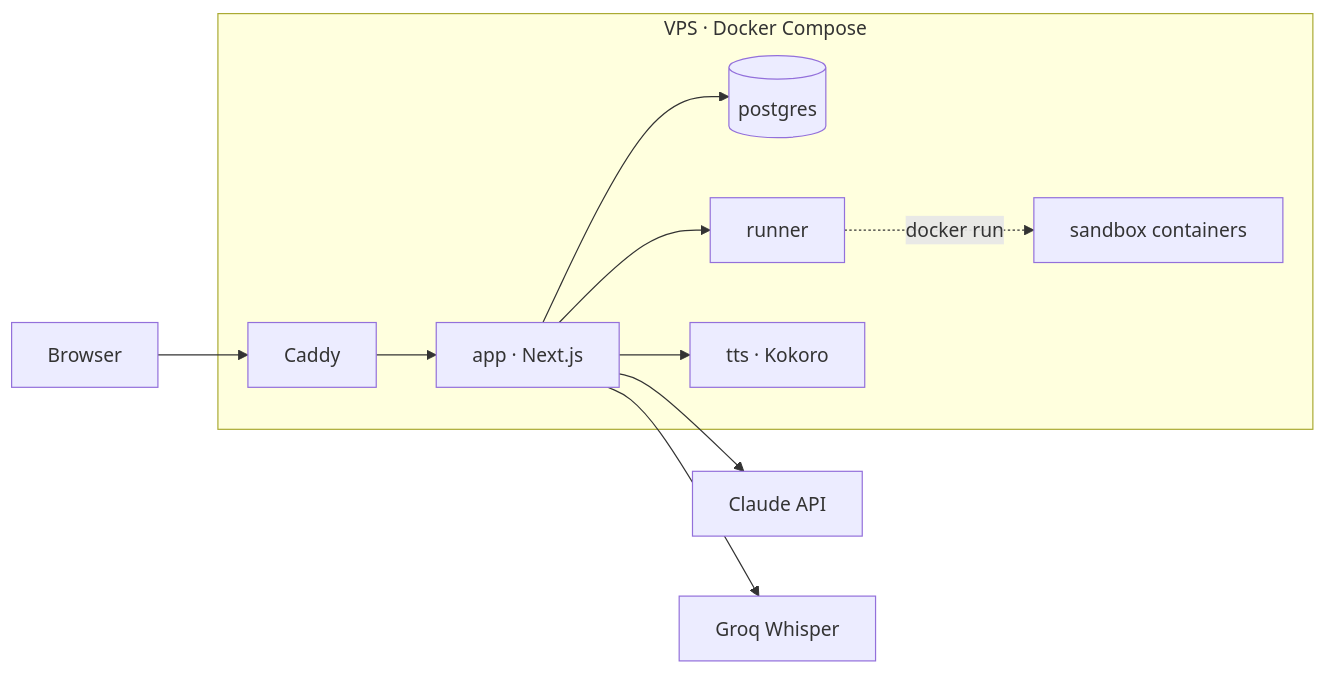
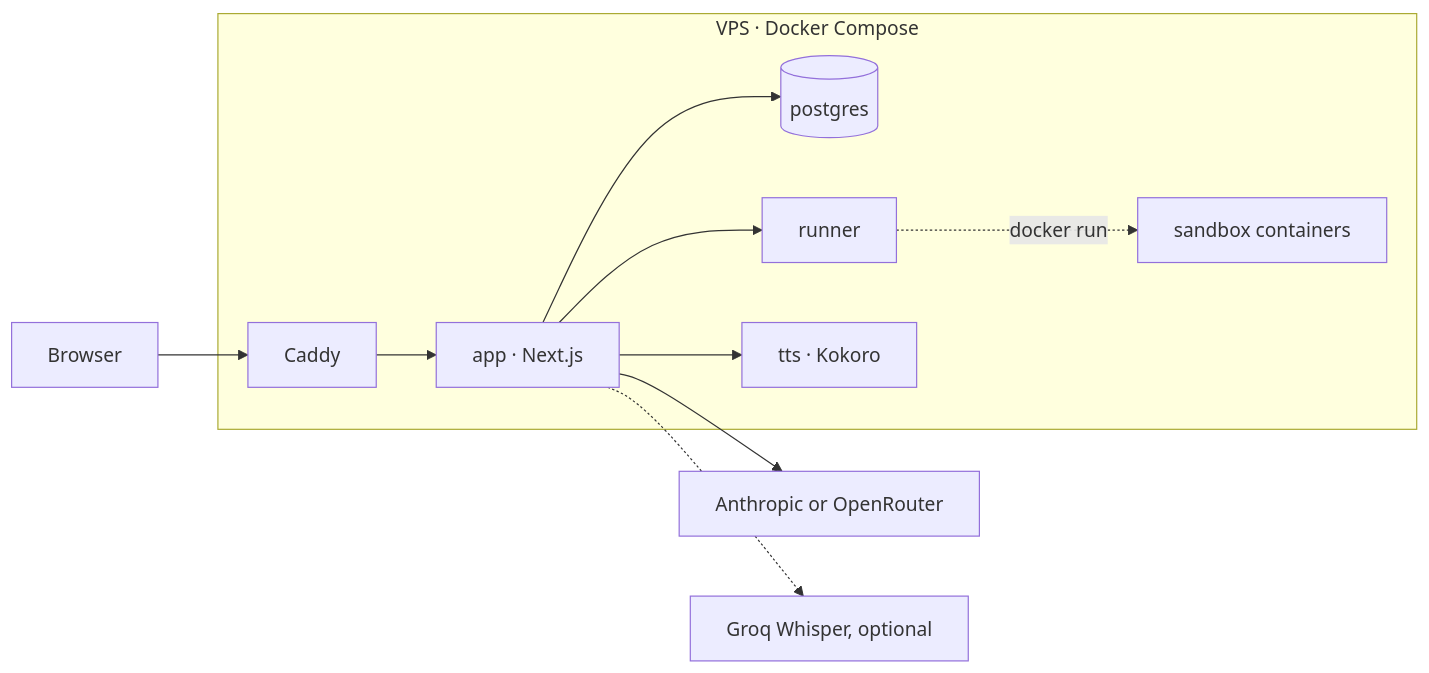
Before and after one commit to Zimran-Business-Cup/1: the first of 2 diagrams in docs/ARCHITECTURE.md, drawn with Mermaid. The commit also changed other lines of this file and 12 other files, not shown here.

First line of the commit message:
Support OpenRouter as a model provider (#10)

````diff
--- a/docs/ARCHITECTURE.md
+++ b/docs/ARCHITECTURE.md
@@ -7,13 +7,13 @@
 ```mermaid
 flowchart LR
   Browser --> Caddy
   subgraph host [VPS · Docker Compose]
     Caddy --> App[app · Next.js]
     App --> PG[(postgres)]
     App --> Runner[runner]
     App --> TTS[tts · Kokoro]
     Runner -. docker run .-> Sandbox[sandbox containers]
   end
-  App --> Claude[Claude API]
-  App --> Groq[Groq Whisper]
+  App --> LLM[Anthropic or OpenRouter]
+  App -.-> Groq[Groq Whisper, optional]
 ```
````
